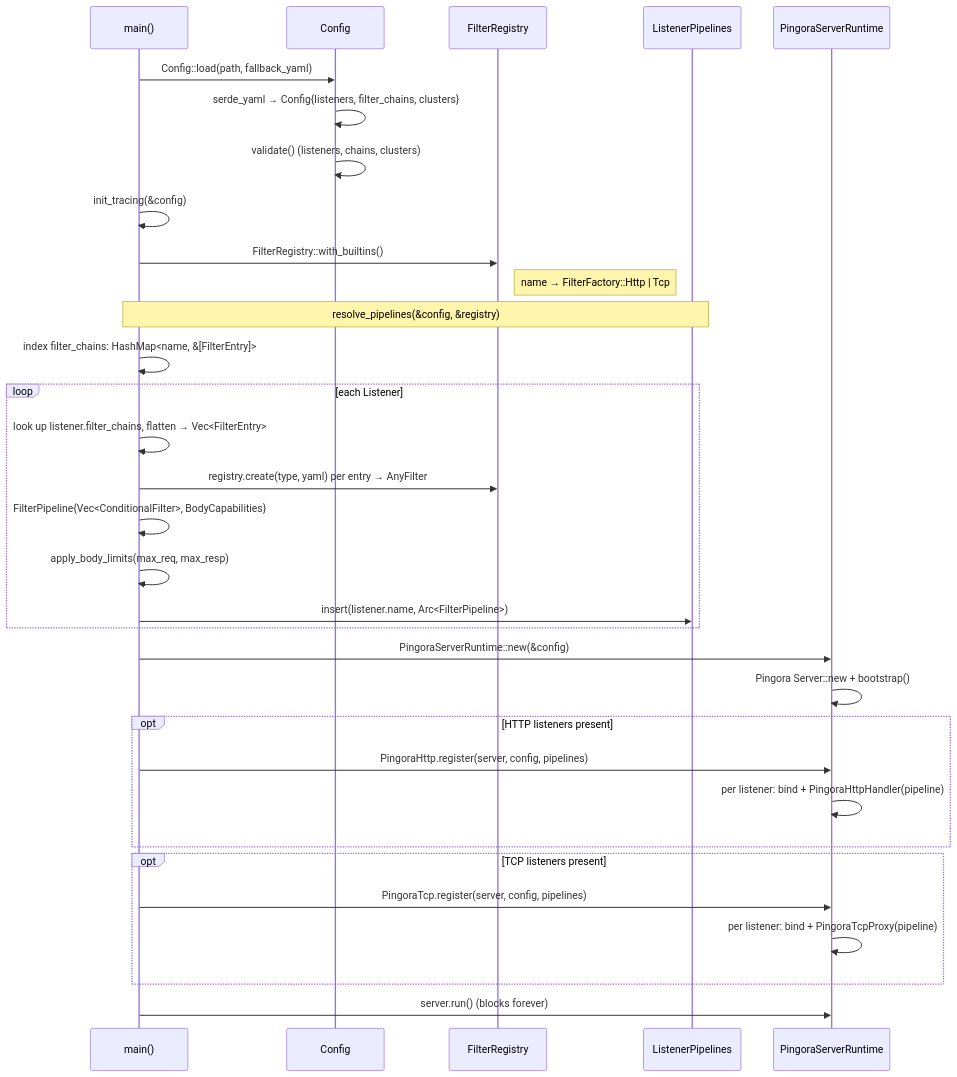
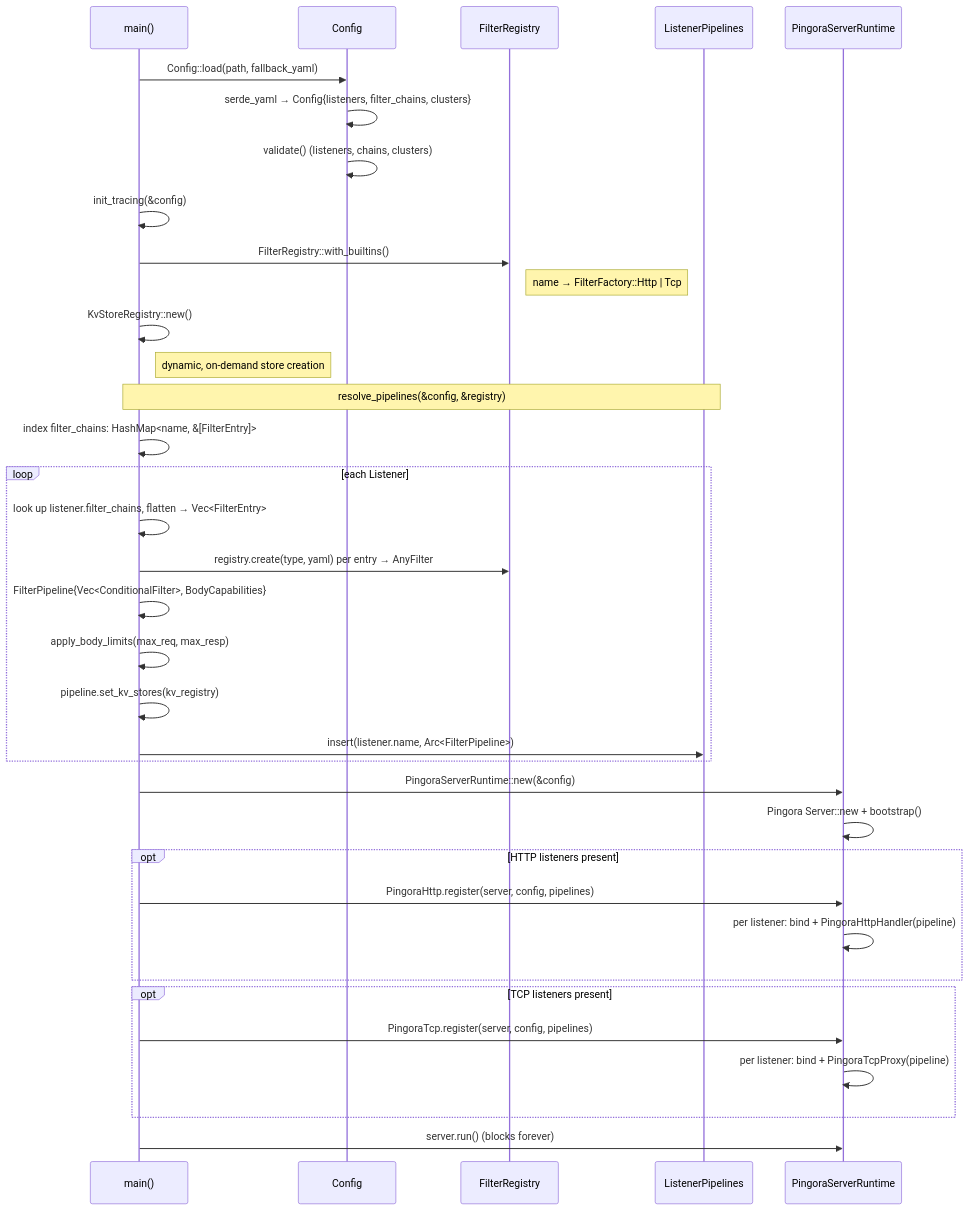
One commit to noyitz/ai changed the eighth of 8 diagrams in docs/architecture.md. Above: the diagram before and after it, drawn with Mermaid. The commit also changed other lines of this file and 33 other files, not shown here.

````diff
--- a/docs/architecture.md
+++ b/docs/architecture.md
@@ -576,40 +581,43 @@
 ```mermaid
 sequenceDiagram
     participant M as main()
     participant C as Config
     participant R as FilterRegistry
     participant LP as ListenerPipelines
     participant S as PingoraServerRuntime
 
     M->>C: Config::load(path, fallback_yaml)
     C->>C: serde_yaml → Config{listeners, filter_chains, clusters}
     C->>C: validate() (listeners, chains, clusters)
     M->>M: init_tracing(&config)
     M->>R: FilterRegistry::with_builtins()
     Note right of R: name → FilterFactory::Http | Tcp
+    M->>M: KvStoreRegistry::new()
+    Note right of M: dynamic, on-demand store creation
 
     Note over M,LP: resolve_pipelines(&config, &registry)
     M->>M: index filter_chains: HashMap<name, &[FilterEntry]>
     loop each Listener
         M->>M: look up listener.filter_chains, flatten → Vec<FilterEntry>
         M->>R: registry.create(type, yaml) per entry → AnyFilter
         M->>M: FilterPipeline{Vec<ConditionalFilter>, BodyCapabilities}
         M->>M: apply_body_limits(max_req, max_resp)
+        M->>M: pipeline.set_kv_stores(kv_registry)
         M->>LP: insert(listener.name, Arc<FilterPipeline>)
     end
 
     M->>S: PingoraServerRuntime::new(&config)
     S->>S: Pingora Server::new + bootstrap()
 
     opt HTTP listeners present
         M->>S: PingoraHttp.register(server, config, pipelines)
         S->>S: per listener: bind + PingoraHttpHandler(pipeline)
     end
 
     opt TCP listeners present
         M->>S: PingoraTcp.register(server, config, pipelines)
         S->>S: per listener: bind + PingoraTcpProxy(pipeline)
     end
 
     M->>S: server.run() (blocks forever)
 ```
````
